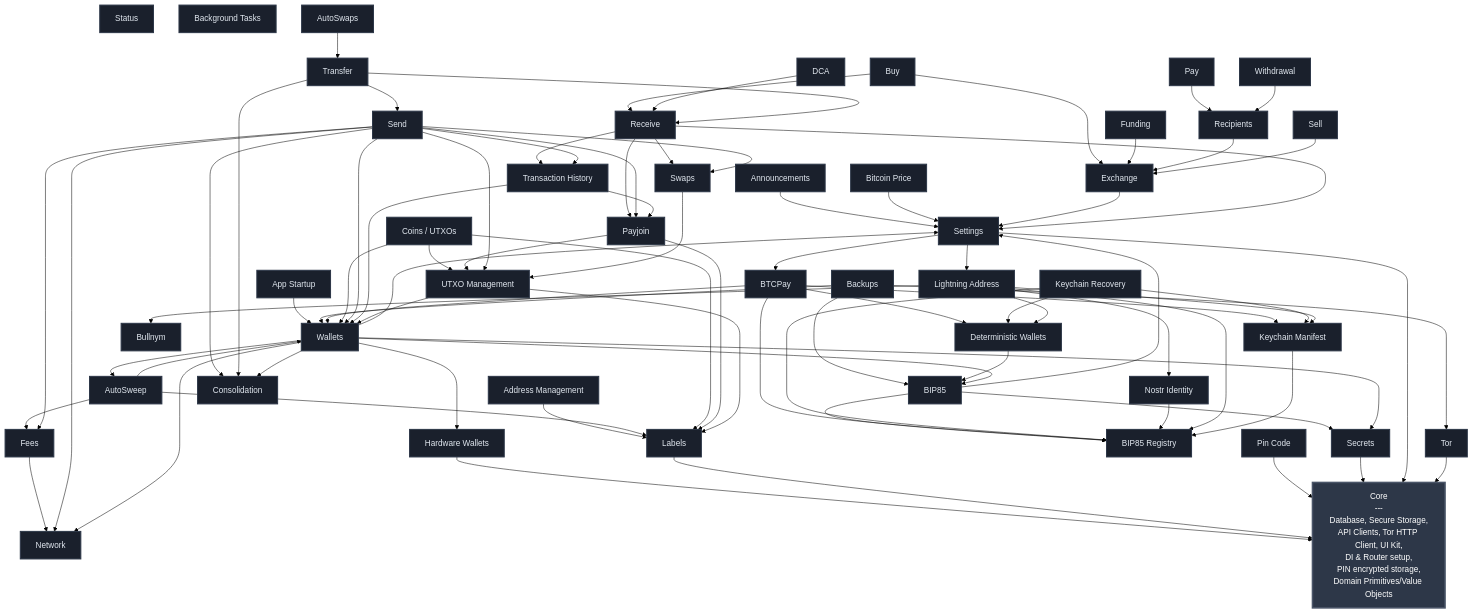
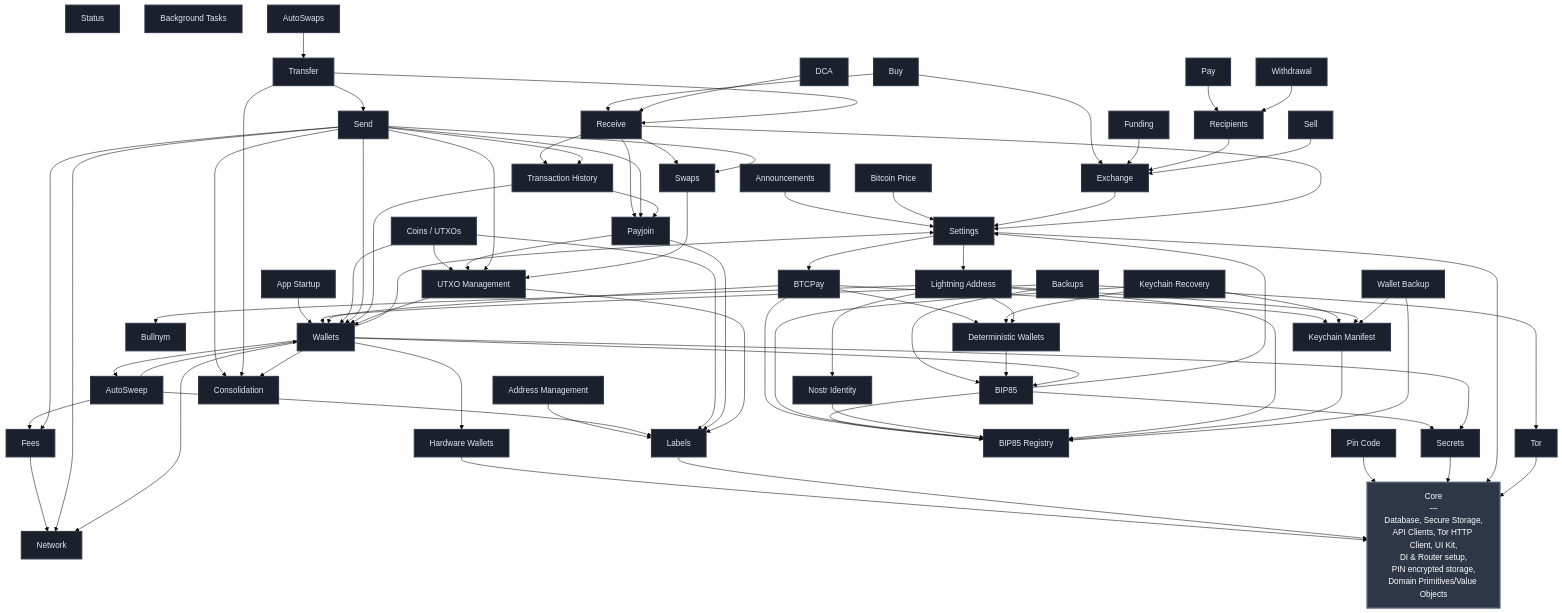
One commit to BullishNode/bullbitcoin-mobile changed the diagram in FEATURES.md. Above: the diagram before and after it, drawn with Mermaid (forest theme). The commit also changed 27 other files, not shown here.

Commit message:
refactor(wallet_backup): own unified encrypted envelope

````diff
--- a/FEATURES.md
+++ b/FEATURES.md
@@ -25,6 +25,7 @@
     BIP85_REGISTRY[BIP85 Registry]
     DETERMINISTIC_WALLETS[Deterministic Wallets]
     KEYCHAIN_MANIFEST[Keychain Manifest]
+    WALLET_BACKUP[Wallet Backup]
     KEYCHAIN_RECOVERY[Keychain Recovery]
     NOSTR_IDENTITY[Nostr Identity]
     BULLNYM[Bullnym]
@@ -96,6 +97,8 @@
     DCA --> RECEIVE
     DETERMINISTIC_WALLETS --> BIP85
     KEYCHAIN_MANIFEST --> BIP85_REGISTRY
+    WALLET_BACKUP --> BIP85_REGISTRY
+    WALLET_BACKUP --> KEYCHAIN_MANIFEST
     EXCHANGE --> SETTINGS
     FEES --> NETWORK
     FUNDING --> EXCHANGE
@@ -146,5 +149,5 @@
     classDef featureStyle fill:#1a202c,stroke:#2d3748,stroke-width:2px,color:#e2e8f0
 
     class CORE coreStyle
-    class SETTINGS,TOR,PIN_CODE,LABELS,SECRETS,HW_WALLETS,BTC_PRICE,BTCPAY,NETWORK,BIP85,BIP85_REGISTRY,DETERMINISTIC_WALLETS,KEYCHAIN_MANIFEST,KEYCHAIN_RECOVERY,NOSTR_IDENTITY,BULLNYM,LIGHTNING_ADDRESS,FEES,WALLETS,EXCHANGE,APP_STARTUP,UTXO_MGMT,ADDRESS_MGMT,RECIPIENTS,FUNDING,BACKUPS,SWAPS,PAYJOIN,WITHDRAWAL,STATUS,SEND,RECEIVE,TRANSFER,TX_HISTORY,BG_TASKS,AUTOSWAPS,AUTOSWEEP,DCA,SELL,PAY,BUY,COINS,ANNOUNCEMENTS,CONSOLIDATION featureStyle
+    class SETTINGS,TOR,PIN_CODE,LABELS,SECRETS,HW_WALLETS,BTC_PRICE,BTCPAY,NETWORK,BIP85,BIP85_REGISTRY,DETERMINISTIC_WALLETS,KEYCHAIN_MANIFEST,WALLET_BACKUP,KEYCHAIN_RECOVERY,NOSTR_IDENTITY,BULLNYM,LIGHTNING_ADDRESS,FEES,WALLETS,EXCHANGE,APP_STARTUP,UTXO_MGMT,ADDRESS_MGMT,RECIPIENTS,FUNDING,BACKUPS,SWAPS,PAYJOIN,WITHDRAWAL,STATUS,SEND,RECEIVE,TRANSFER,TX_HISTORY,BG_TASKS,AUTOSWAPS,AUTOSWEEP,DCA,SELL,PAY,BUY,COINS,ANNOUNCEMENTS,CONSOLIDATION featureStyle
 ```
````
